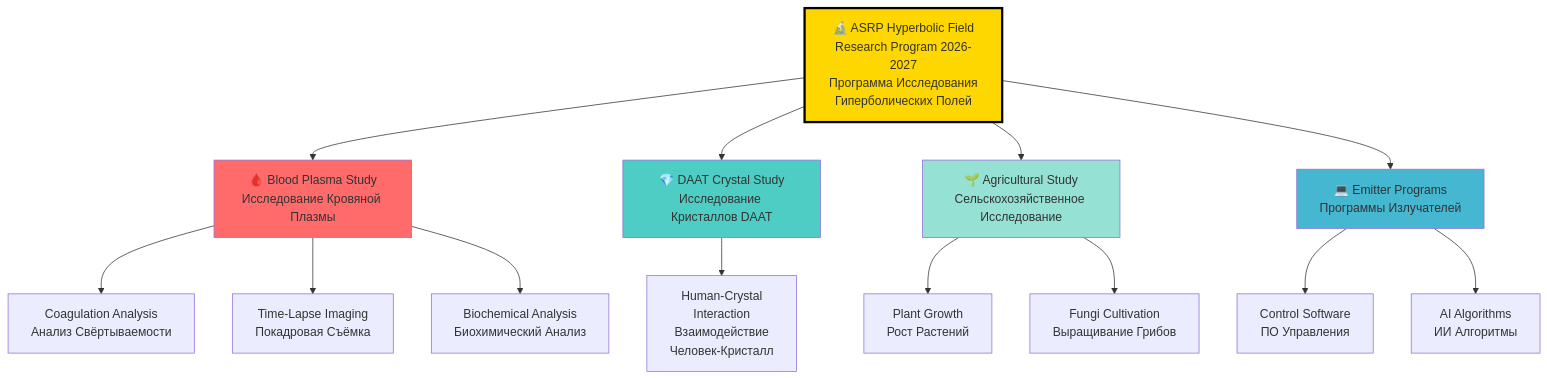
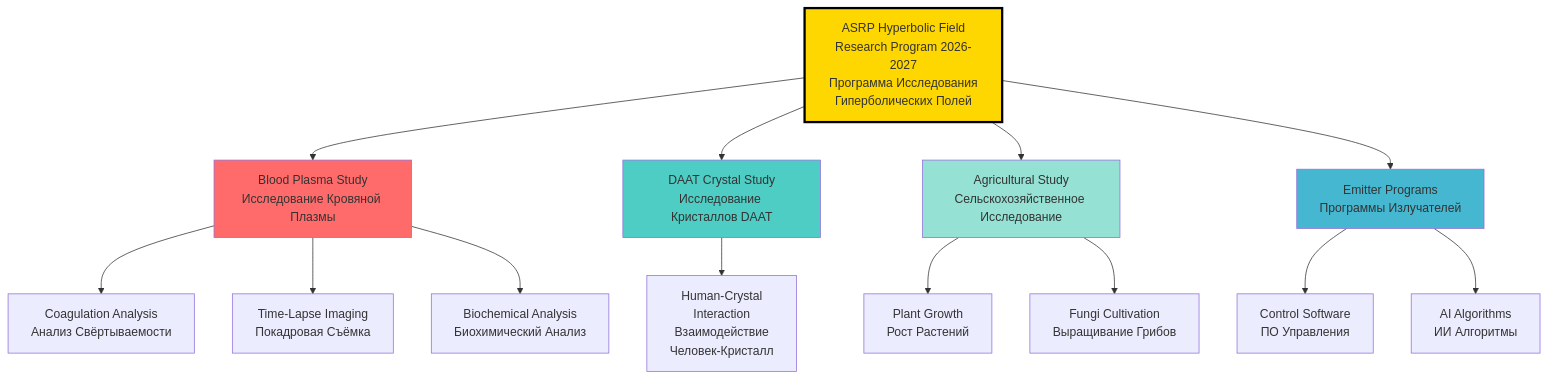
One commit to AdvancedScientificResearchProjects/Hyperbolic_Field_BloodPlasma_Study changed the first of 4 diagrams in ADVANCED_SCIENTIFIC_RESEARCH_PROJECTS/Hyperbolic_Field_BloodPlasma_Study/ISSUE_2_UPDATED.md. Above: the diagram before and after it, drawn with Mermaid. The commit also changed other lines of this file and 46 other files, not shown here.

````diff
--- a/ADVANCED_SCIENTIFIC_RESEARCH_PROJECTS/Hyperbolic_Field_BloodPlasma_Study/ISSUE_2_UPDATED.md
+++ b/ADVANCED_SCIENTIFIC_RESEARCH_PROJECTS/Hyperbolic_Field_BloodPlasma_Study/ISSUE_2_UPDATED.md
@@ -11,25 +11,25 @@
 ```mermaid
 flowchart TB
-    A[🔬 ASRP Hyperbolic Field<br/>Research Program 2026-2027<br/>Программа Исследования<br/>Гиперболических Полей] --> B[🩸 Blood Plasma Study<br/>Исследование Кровяной Плазмы]
-    A --> C[💎 DAAT Crystal Study<br/>Исследование Кристаллов DAAT]
-    A --> D[🌱 Agricultural Study<br/>Сельскохозяйственное Исследование]
-    A --> E[💻 Emitter Programs<br/>Программы Излучателей]
+    A[ ASRP Hyperbolic Field<br/>Research Program 2026-2027<br/>Программа Исследования<br/>Гиперболических Полей] --> B[ Blood Plasma Study<br/>Исследование Кровяной Плазмы]
+    A --> C[ DAAT Crystal Study<br/>Исследование Кристаллов DAAT]
+    A --> D[ Agricultural Study<br/>Сельскохозяйственное Исследование]
+    A --> E[ Emitter Programs<br/>Программы Излучателей]
     
     B --> B1[Coagulation Analysis<br/>Анализ Свёртываемости]
     B --> B2[Time-Lapse Imaging<br/>Покадровая Съёмка]
     B --> B3[Biochemical Analysis<br/>Биохимический Анализ]
     
     C --> C1[Human-Crystal<br/>Interaction<br/>Взаимодействие<br/>Человек-Кристалл]
     
     D --> D1[Plant Growth<br/>Рост Растений]
     D --> D2[Fungi Cultivation<br/>Выращивание Грибов]
     
     E --> E1[Control Software<br/>ПО Управления]
     E --> E2[AI Algorithms<br/>ИИ Алгоритмы]
     
     style A fill:#ffd700,stroke:#000,stroke-width:3px
     style B fill:#ff6b6b
     style C fill:#4ecdc4
     style D fill:#95e1d3
     style E fill:#45b7d1
 ```
````
